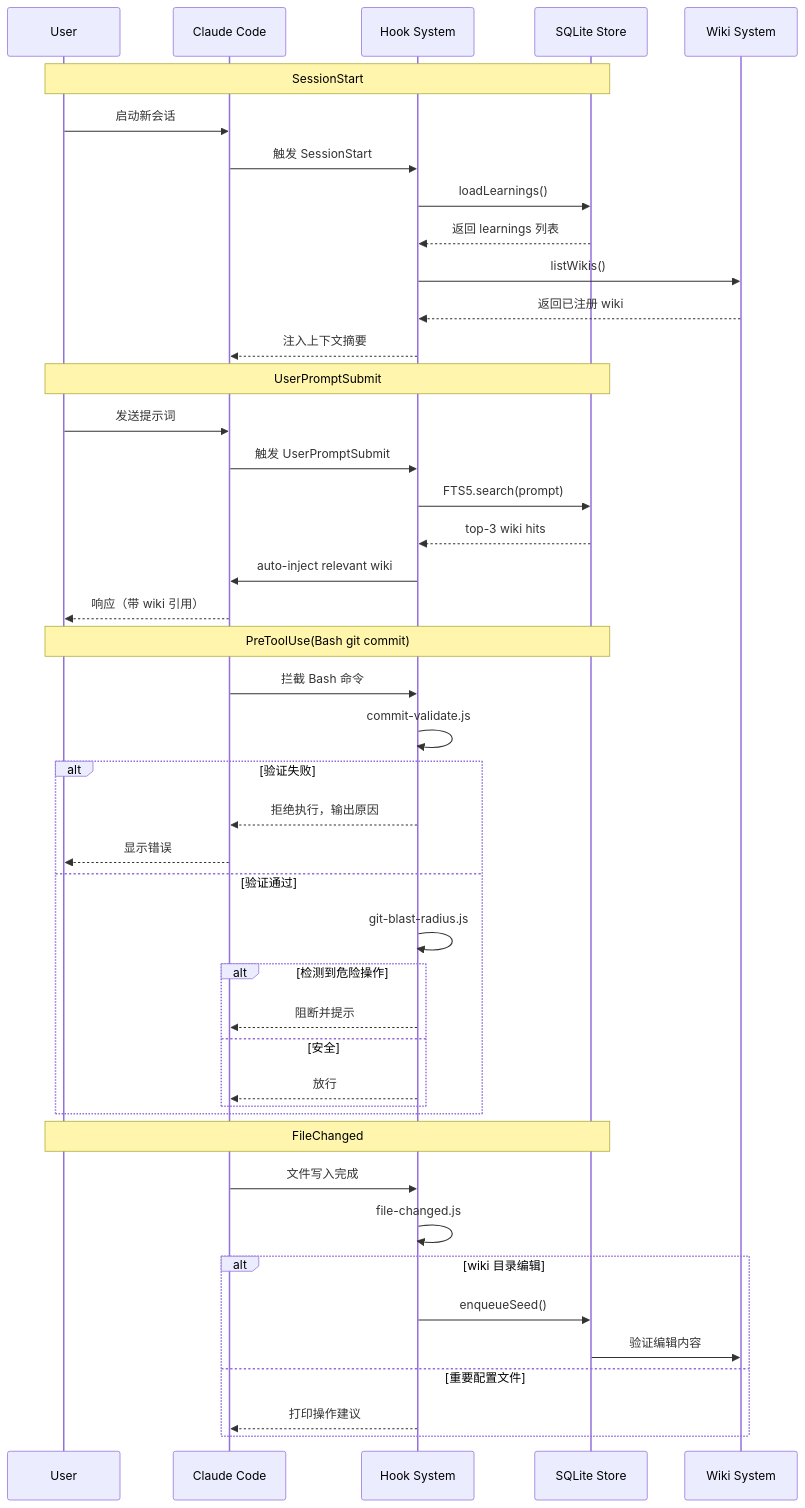
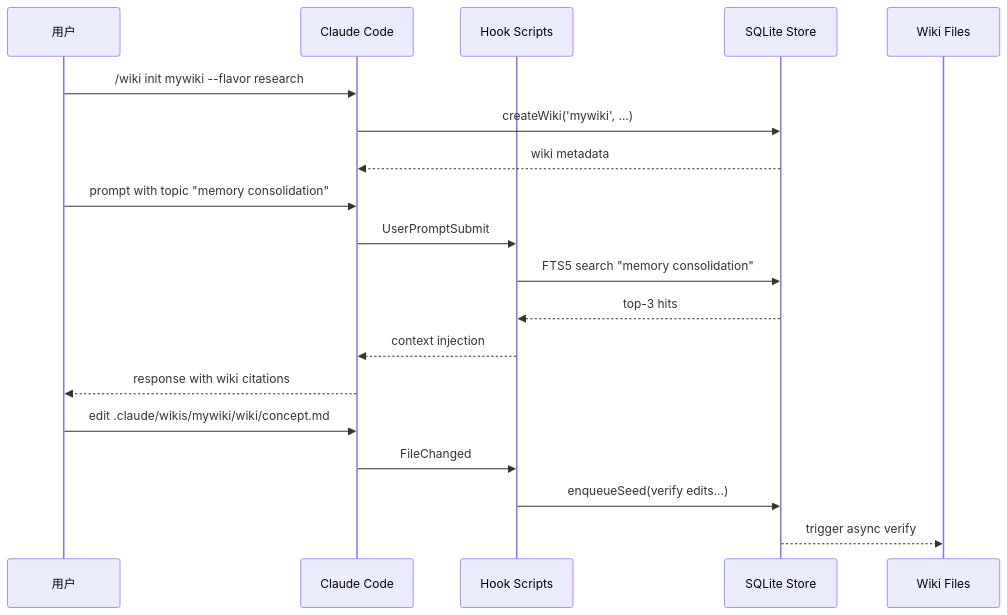
Before and after one commit to lst016/tech-cc-hub: the second of 2 diagrams in .tech/repowiki/zh/content/核心模块规格/Pro Workflow 自动化总览.md, drawn with Mermaid. The commit also changed other lines of this file and 176 other files, not shown here.

````diff
--- a/.tech/repowiki/zh/content/核心模块规格/Pro Workflow 自动化总览.md
+++ b/.tech/repowiki/zh/content/核心模块规格/Pro Workflow 自动化总览.md
@@ -258,50 +389,24 @@
 ```mermaid
 sequenceDiagram
-    participant U as User
+    participant User as 用户
     participant CC as Claude Code
-    participant H as Hook System
-    participant S as SQLite Store
-    participant W as Wiki System
+    participant Hooks as Hook Scripts
+    participant Store as SQLite Store
+    participant Wiki as Wiki Files
 
-    Note over U,S: SessionStart
-    U->>CC: 启动新会话
-    CC->>H: 触发 SessionStart
-    H->>S: loadLearnings()
-    S-->>H: 返回 learnings 列表
-    H->>W: listWikis()
-    W-->>H: 返回已注册 wiki
-    H-->>CC: 注入上下文摘要
+    User->>CC: /wiki init mywiki --flavor research
+    CC->>Store: createWiki('mywiki', ...)
+    Store-->>CC: wiki metadata
 
-    Note over U,S: UserPromptSubmit
-    U->>CC: 发送提示词
-    CC->>H: 触发 UserPromptSubmit
-    H->>S: FTS5.search(prompt)
-    S-->>H: top-3 wiki hits
-    H->>CC: auto-inject relevant wiki
-    CC-->>U: 响应（带 wiki 引用）
+    User->>CC: prompt with topic "memory consolidation"
+    CC->>Hooks: UserPromptSubmit
+    Hooks->>Store: FTS5 search "memory consolidation"
+    Store-->>Hooks: top-3 hits
+    Hooks-->>CC: context injection
+    CC-->>User: response with wiki citations
 
-    Note over U,S: PreToolUse(Bash git commit)
-    CC->>H: 拦截 Bash 命令
-    H->>H: commit-validate.js
-    alt 验证失败
-        H-->>CC: 拒绝执行，输出原因
-        CC-->>U: 显示错误
-    else 验证通过
-        H->>H: git-blast-radius.js
-        alt 检测到危险操作
-            H-->>CC: 阻断并提示
-        else 安全
-            H-->>CC: 放行
-        end
-    end
-
-    Note over U,S: FileChanged
-    CC->>H: 文件写入完成
-    H->>H: file-changed.js
-    alt wiki 目录编辑
-        H->>S: enqueueSeed()
-        S->>W: 验证编辑内容
-    else 重要配置文件
-        H-->>CC: 打印操作建议
-    end
+    User->>CC: edit .claude/wikis/mywiki/wiki/concept.md
+    CC->>Hooks: FileChanged
+    Hooks->>Store: enqueueSeed(verify edits...)
+    Store-->>Wiki: trigger async verify
 ```
````
